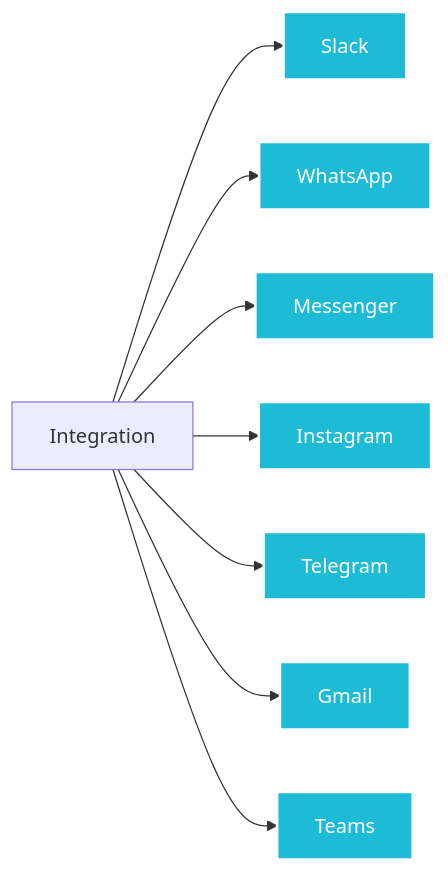
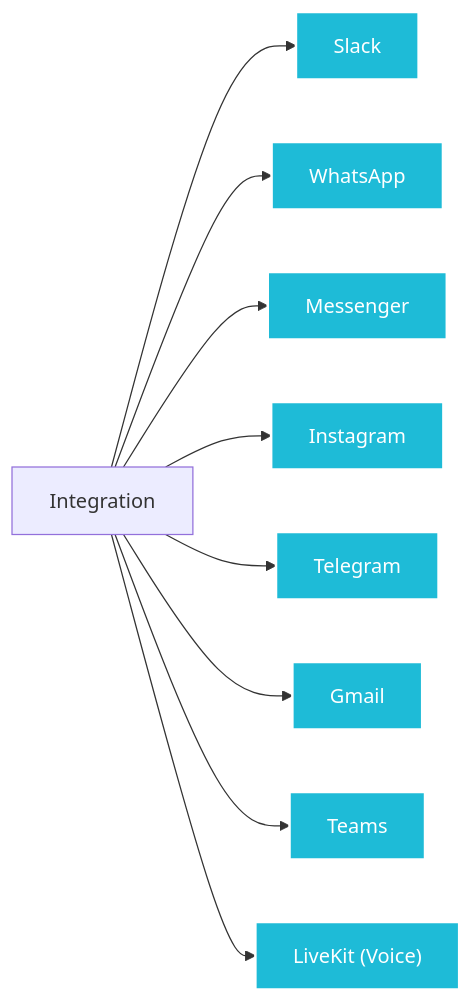
One commit to yaalalabs/agent-kernel changed the first of 2 diagrams in docs/docs/integrations/overview.md. Above: the diagram before and after it, drawn with Mermaid. The commit also changed other lines of this file and 16 other files, not shown here.

Commit message:
feat: integrate LiveKit for real-time voice agents

````diff
--- a/docs/docs/integrations/overview.md
+++ b/docs/docs/integrations/overview.md
@@ -30,17 +34,18 @@
 ```mermaid
 ---
 config:
   layout: dagre
   elk: true
 ---
 flowchart LR
-    D["Integration"] --> I["Slack"] & J["WhatsApp"] & K["Messenger"] & M["Instagram"] & N["Telegram"] & O["Gmail"] & T["Teams"]
+    D["Integration"] --> I["Slack"] & J["WhatsApp"] & K["Messenger"] & M["Instagram"] & N["Telegram"] & O["Gmail"] & T["Teams"] & V["LiveKit (Voice)"]
 
     style I fill:#1ebbd7,stroke:#fff,stroke-width:2px,color:#fff
     style J fill:#1ebbd7,stroke:#fff,stroke-width:2px,color:#fff
     style K fill:#1ebbd7,stroke:#fff,stroke-width:2px,color:#fff
     style M fill:#1ebbd7,stroke:#fff,stroke-width:2px,color:#fff
     style N fill:#1ebbd7,stroke:#fff,stroke-width:2px,color:#fff
     style O fill:#1ebbd7,stroke:#fff,stroke-width:2px,color:#fff
     style T fill:#1ebbd7,stroke:#fff,stroke-width:2px,color:#fff
+    style V fill:#1ebbd7,stroke:#fff,stroke-width:2px,color:#fff
 ```
````
